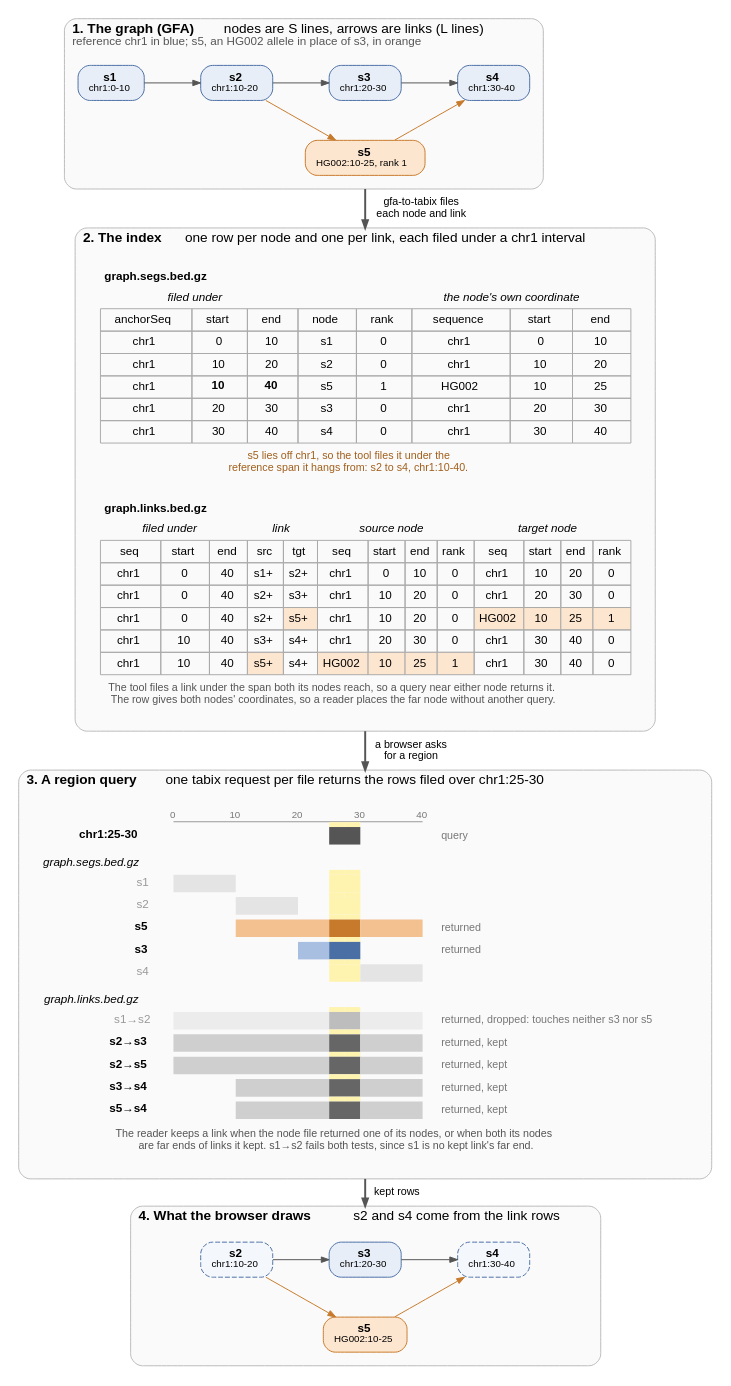
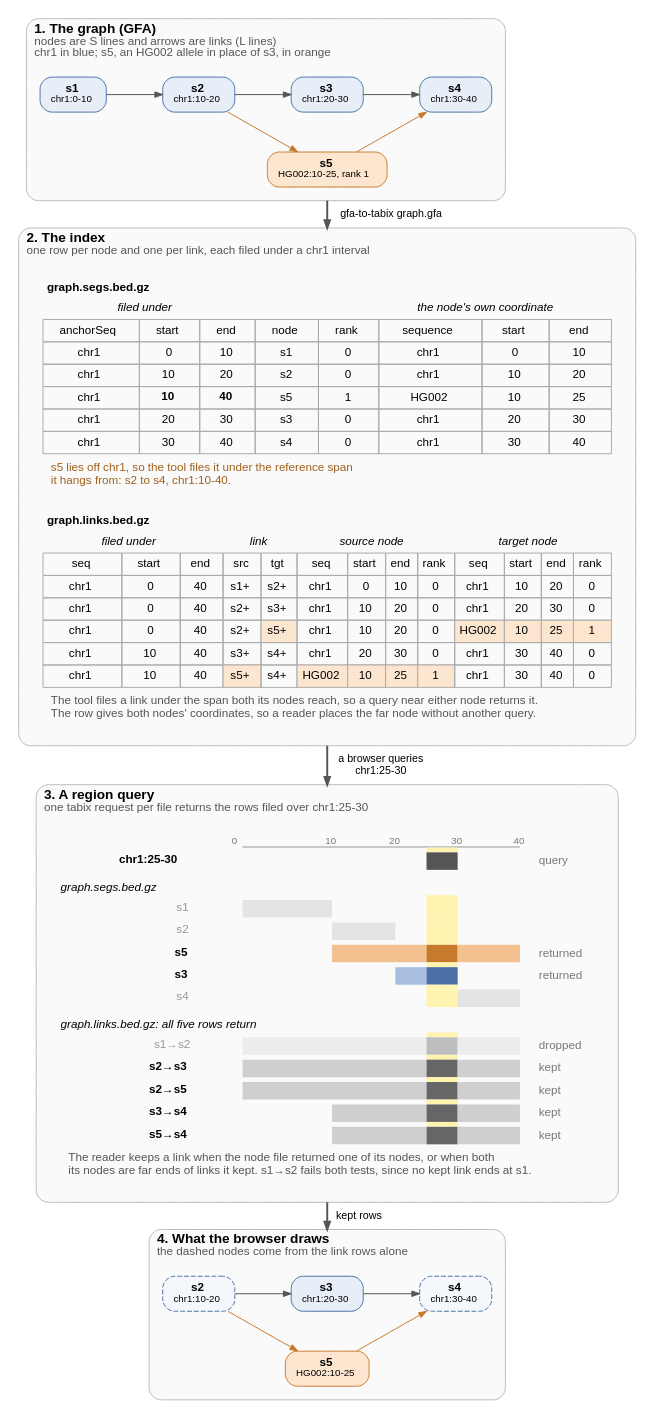
One commit to GMOD/gfa-to-tabix changed the diagram in docs/overview.dot. Above: the diagram before and after it, drawn with Graphviz. The commit also changed 3 other files, not shown here.

```diff
--- a/docs/overview.dot
+++ b/docs/overview.dot
@@ -11,7 +11,7 @@
   edge [fontname="Helvetica", fontsize=11, color="#555555", arrowsize=0.8]
 
   subgraph cluster_graph {
-    label=<<B>1. The graph (GFA)</B>   nodes are S lines, arrows are links (L lines)<BR ALIGN="LEFT"/><FONT POINT-SIZE="12" COLOR="#555555">reference chr1 in blue; s5, an HG002 allele in place of s3, in orange</FONT><BR ALIGN="LEFT"/>>
+    label=<<B>1. The graph (GFA)</B><BR ALIGN="LEFT"/><FONT POINT-SIZE="12" COLOR="#555555">nodes are S lines and arrows are links (L lines)</FONT><BR ALIGN="LEFT"/><FONT POINT-SIZE="12" COLOR="#555555">chr1 in blue; s5, an HG002 allele in place of s3, in orange</FONT><BR ALIGN="LEFT"/>>
     labeljust=l
     fontsize=14
     color="#bbbbbb"
@@ -31,7 +31,7 @@
   }
 
   subgraph cluster_files {
-    label=<<B>2. The index</B>   one row per node and one per link, each filed under a chr1 interval>
+    label=<<B>2. The index</B><BR ALIGN="LEFT"/><FONT POINT-SIZE="12" COLOR="#555555">one row per node and one per link, each filed under a chr1 interval</FONT><BR ALIGN="LEFT"/>>
     labeljust=l
     fontsize=14
     color="#bbbbbb"
@@ -48,7 +48,7 @@
         <TR BGCOLOR="#fde6cf"><TD>chr1</TD><TD><B>10</B></TD><TD><B>40</B></TD><TD>s5</TD><TD>1</TD><TD>HG002</TD><TD>10</TD><TD>25</TD></TR>
         <TR BGCOLOR="#e8eef7"><TD>chr1</TD><TD>20</TD><TD>30</TD><TD>s3</TD><TD>0</TD><TD>chr1</TD><TD>20</TD><TD>30</TD></TR>
         <TR BGCOLOR="#e8eef7"><TD>chr1</TD><TD>30</TD><TD>40</TD><TD>s4</TD><TD>0</TD><TD>chr1</TD><TD>30</TD><TD>40</TD></TR>
-        <TR><TD COLSPAN="8" BORDER="0" CELLPADDING="8"><FONT POINT-SIZE="11" COLOR="#a15f1c">s5 lies off chr1, so the tool files it under the<BR/>reference span it hangs from: s2 to s4, chr1:10-40.</FONT></TD></TR>
+        <TR><TD COLSPAN="8" BORDER="0" CELLPADDING="8" ALIGN="LEFT" BALIGN="LEFT"><FONT POINT-SIZE="12" COLOR="#a15f1c">s5 lies off chr1, so the tool files it under the reference span<BR/>it hangs from: s2 to s4, chr1:10-40.</FONT></TD></TR>
       </TABLE></TD></TR>
       <TR><TD HEIGHT="18"></TD></TR>
       <TR><TD><TABLE BORDER="0" CELLBORDER="1" CELLSPACING="0" CELLPADDING="4" COLOR="#aaaaaa">
@@ -60,12 +60,12 @@
         <TR BGCOLOR="#f2f2f2"><TD>chr1</TD><TD>0</TD><TD>40</TD><TD>s2+</TD><TD BGCOLOR="#fde6cf">s5+</TD><TD>chr1</TD><TD>10</TD><TD>20</TD><TD>0</TD><TD BGCOLOR="#fde6cf">HG002</TD><TD BGCOLOR="#fde6cf">10</TD><TD BGCOLOR="#fde6cf">25</TD><TD BGCOLOR="#fde6cf">1</TD></TR>
         <TR BGCOLOR="#f2f2f2"><TD>chr1</TD><TD>10</TD><TD>40</TD><TD>s3+</TD><TD>s4+</TD><TD>chr1</TD><TD>20</TD><TD>30</TD><TD>0</TD><TD>chr1</TD><TD>30</TD><TD>40</TD><TD>0</TD></TR>
         <TR BGCOLOR="#f2f2f2"><TD>chr1</TD><TD>10</TD><TD>40</TD><TD BGCOLOR="#fde6cf">s5+</TD><TD>s4+</TD><TD BGCOLOR="#fde6cf">HG002</TD><TD BGCOLOR="#fde6cf">10</TD><TD BGCOLOR="#fde6cf">25</TD><TD BGCOLOR="#fde6cf">1</TD><TD>chr1</TD><TD>30</TD><TD>40</TD><TD>0</TD></TR>
-        <TR><TD COLSPAN="13" BORDER="0" CELLPADDING="8"><FONT POINT-SIZE="11" COLOR="#555555">The tool files a link under the span both its nodes reach, so a query near either node returns it.<BR/>The row gives both nodes' coordinates, so a reader places the far node without another query.</FONT></TD></TR>
+        <TR><TD COLSPAN="13" BORDER="0" CELLPADDING="8" ALIGN="LEFT" BALIGN="LEFT"><FONT POINT-SIZE="12" COLOR="#555555">The tool files a link under the span both its nodes reach, so a query near either node returns it.<BR/>The row gives both nodes' coordinates, so a reader places the far node without another query.</FONT></TD></TR>
       </TABLE></TD></TR></TABLE>>]
   }
 
   subgraph cluster_query {
-    label=<<B>3. A region query</B>   one tabix request per file returns the rows filed over chr1:25-30>
+    label=<<B>3. A region query</B><BR ALIGN="LEFT"/><FONT POINT-SIZE="12" COLOR="#555555">one tabix request per file returns the rows filed over chr1:25-30</FONT><BR ALIGN="LEFT"/>>
     labeljust=l
     fontsize=14
     color="#bbbbbb"
@@ -78,35 +78,35 @@
 <TR><TD></TD><TD COLSPAN="2"><FONT POINT-SIZE="10" COLOR="#777777">0</FONT></TD><TD COLSPAN="2"></TD><TD COLSPAN="2"><FONT POINT-SIZE="10" COLOR="#777777">10</FONT></TD><TD COLSPAN="2"></TD><TD COLSPAN="2"><FONT POINT-SIZE="10" COLOR="#777777">20</FONT></TD><TD COLSPAN="2"></TD><TD COLSPAN="2"><FONT POINT-SIZE="10" COLOR="#777777">30</FONT></TD><TD COLSPAN="2"></TD><TD COLSPAN="2"><FONT POINT-SIZE="10" COLOR="#777777">40</FONT></TD><TD></TD></TR>
 <TR><TD HEIGHT="1"></TD><TD></TD><TD COLSPAN="16" BGCOLOR="#999999"></TD><TD></TD><TD></TD></TR>
 <TR><TD HEIGHT="5"></TD><TD></TD><TD></TD><TD></TD><TD></TD><TD></TD><TD></TD><TD></TD><TD></TD><TD></TD><TD></TD><TD></TD><TD BGCOLOR="#fff3b0"></TD><TD BGCOLOR="#fff3b0"></TD><TD></TD><TD></TD><TD></TD><TD></TD><TD></TD><TD></TD></TR>
-<TR><TD ALIGN="RIGHT" HEIGHT="18"><B>chr1:25-30</B>  </TD><TD></TD><TD COLSPAN="10"></TD><TD COLSPAN="2" BGCOLOR="#555555"></TD><TD COLSPAN="4"></TD><TD></TD><TD ALIGN="LEFT"><FONT POINT-SIZE="11" COLOR="#777777">  query</FONT></TD></TR>
-<TR><TD ALIGN="RIGHT" HEIGHT="26" VALIGN="BOTTOM"><I>graph.segs.bed.gz</I>  </TD><TD COLSPAN="19"></TD></TR>
+<TR><TD ALIGN="RIGHT" HEIGHT="18"><B>chr1:25-30</B>  </TD><TD></TD><TD COLSPAN="10"></TD><TD COLSPAN="2" BGCOLOR="#555555"></TD><TD COLSPAN="4"></TD><TD></TD><TD ALIGN="LEFT"><FONT POINT-SIZE="12" COLOR="#777777">  query</FONT></TD></TR>
+<TR><TD COLSPAN="20" ALIGN="LEFT" HEIGHT="26" VALIGN="BOTTOM"><I>graph.segs.bed.gz</I></TD></TR>
 <TR><TD HEIGHT="5"></TD><TD></TD><TD></TD><TD></TD><TD></TD><TD></TD><TD></TD><TD></TD><TD></TD><TD></TD><TD></TD><TD></TD><TD BGCOLOR="#fff3b0"></TD><TD BGCOLOR="#fff3b0"></TD><TD></TD><TD></TD><TD></TD><TD></TD><TD></TD><TD></TD></TR>
 <TR><TD ALIGN="RIGHT" HEIGHT="18"><FONT COLOR="#999999">s1</FONT>  </TD><TD></TD><TD COLSPAN="4" BGCOLOR="#e4e4e4"></TD><TD COLSPAN="6"></TD><TD COLSPAN="2" BGCOLOR="#fff3b0"></TD><TD COLSPAN="4"></TD><TD></TD><TD ALIGN="LEFT"></TD></TR>
 <TR><TD HEIGHT="5"></TD><TD></TD><TD></TD><TD></TD><TD></TD><TD></TD><TD></TD><TD></TD><TD></TD><TD></TD><TD></TD><TD></TD><TD BGCOLOR="#fff3b0"></TD><TD BGCOLOR="#fff3b0"></TD><TD></TD><TD></TD><TD></TD><TD></TD><TD></TD><TD></TD></TR>
 <TR><TD ALIGN="RIGHT" HEIGHT="18"><FONT COLOR="#999999">s2</FONT>  </TD><TD></TD><TD COLSPAN="4"></TD><TD COLSPAN="4" BGCOLOR="#e4e4e4"></TD><TD COLSPAN="2"></TD><TD COLSPAN="2" BGCOLOR="#fff3b0"></TD><TD COLSPAN="4"></TD><TD></TD><TD ALIGN="LEFT"></TD></TR>
 <TR><TD HEIGHT="5"></TD><TD></TD><TD></TD><TD></TD><TD></TD><TD></TD><TD></TD><TD></TD><TD></TD><TD></TD><TD></TD><TD></TD><TD BGCOLOR="#fff3b0"></TD><TD BGCOLOR="#fff3b0"></TD><TD></TD><TD></TD><TD></TD><TD></TD><TD></TD><TD></TD></TR>
-<TR><TD ALIGN="RIGHT" HEIGHT="18"><B>s5</B>  </TD><TD></TD><TD COLSPAN="4"></TD><TD COLSPAN="6" BGCOLOR="#f3c08f"></TD><TD COLSPAN="2" BGCOLOR="#c77a2b"></TD><TD COLSPAN="4" BGCOLOR="#f3c08f"></TD><TD></TD><TD ALIGN="LEFT"><FONT POINT-SIZE="11" COLOR="#777777">  returned</FONT></TD></TR>
+<TR><TD ALIGN="RIGHT" HEIGHT="18"><B>s5</B>  </TD><TD></TD><TD COLSPAN="4"></TD><TD COLSPAN="6" BGCOLOR="#f3c08f"></TD><TD COLSPAN="2" BGCOLOR="#c77a2b"></TD><TD COLSPAN="4" BGCOLOR="#f3c08f"></TD><TD></TD><TD ALIGN="LEFT"><FONT POINT-SIZE="12" COLOR="#777777">  returned</FONT></TD></TR>
 <TR><TD HEIGHT="5"></TD><TD></TD><TD></TD><TD></TD><TD></TD><TD></TD><TD></TD><TD></TD><TD></TD><TD></TD><TD></TD><TD></TD><TD BGCOLOR="#fff3b0"></TD><TD BGCOLOR="#fff3b0"></TD><TD></TD><TD></TD><TD></TD><TD></TD><TD></TD><TD></TD></TR>
-<TR><TD ALIGN="RIGHT" HEIGHT="18"><B>s3</B>  </TD><TD></TD><TD COLSPAN="8"></TD><TD COLSPAN="2" BGCOLOR="#a9bfe2"></TD><TD COLSPAN="2" BGCOLOR="#4a6fa5"></TD><TD COLSPAN="4"></TD><TD></TD><TD ALIGN="LEFT"><FONT POINT-SIZE="11" COLOR="#777777">  returned</FONT></TD></TR>
+<TR><TD ALIGN="RIGHT" HEIGHT="18"><B>s3</B>  </TD><TD></TD><TD COLSPAN="8"></TD><TD COLSPAN="2" BGCOLOR="#a9bfe2"></TD><TD COLSPAN="2" BGCOLOR="#4a6fa5"></TD><TD COLSPAN="4"></TD><TD></TD><TD ALIGN="LEFT"><FONT POINT-SIZE="12" COLOR="#777777">  returned</FONT></TD></TR>
 <TR><TD HEIGHT="5"></TD><TD></TD><TD></TD><TD></TD><TD></TD><TD></TD><TD></TD><TD></TD><TD></TD><TD></TD><TD></TD><TD></TD><TD BGCOLOR="#fff3b0"></TD><TD BGCOLOR="#fff3b0"></TD><TD></TD><TD></TD><TD></TD><TD></TD><TD></TD><TD></TD></TR>
 <TR><TD ALIGN="RIGHT" HEIGHT="18"><FONT COLOR="#999999">s4</FONT>  </TD><TD></TD><TD COLSPAN="10"></TD><TD COLSPAN="2" BGCOLOR="#fff3b0"></TD><TD COLSPAN="4" BGCOLOR="#e4e4e4"></TD><TD></TD><TD ALIGN="LEFT"></TD></TR>
-<TR><TD ALIGN="RIGHT" HEIGHT="26" VALIGN="BOTTOM"><I>graph.links.bed.gz</I>  </TD><TD COLSPAN="19"></TD></TR>
+<TR><TD COLSPAN="20" ALIGN="LEFT" HEIGHT="26" VALIGN="BOTTOM"><I>graph.links.bed.gz: all five rows return</I></TD></TR>
 <TR><TD HEIGHT="5"></TD><TD></TD><TD></TD><TD></TD><TD></TD><TD></TD><TD></TD><TD></TD><TD></TD><TD></TD><TD></TD><TD></TD><TD BGCOLOR="#fff3b0"></TD><TD BGCOLOR="#fff3b0"></TD><TD></TD><TD></TD><TD></TD><TD></TD><TD></TD><TD></TD></TR>
-<TR><TD ALIGN="RIGHT" HEIGHT="18"><FONT COLOR="#999999">s1→s2</FONT>  </TD><TD></TD><TD COLSPAN="10" BGCOLOR="#ececec"></TD><TD COLSPAN="2" BGCOLOR="#bdbdbd"></TD><TD COLSPAN="4" BGCOLOR="#ececec"></TD><TD></TD><TD ALIGN="LEFT"><FONT POINT-SIZE="11" COLOR="#777777">  returned, dropped: touches neither s3 nor s5</FONT></TD></TR>
+<TR><TD ALIGN="RIGHT" HEIGHT="18"><FONT COLOR="#999999">s1→s2</FONT>  </TD><TD></TD><TD COLSPAN="10" BGCOLOR="#ececec"></TD><TD COLSPAN="2" BGCOLOR="#bdbdbd"></TD><TD COLSPAN="4" BGCOLOR="#ececec"></TD><TD></TD><TD ALIGN="LEFT"><FONT POINT-SIZE="12" COLOR="#777777">  dropped</FONT></TD></TR>
 <TR><TD HEIGHT="5"></TD><TD></TD><TD></TD><TD></TD><TD></TD><TD></TD><TD></TD><TD></TD><TD></TD><TD></TD><TD></TD><TD></TD><TD BGCOLOR="#fff3b0"></TD><TD BGCOLOR="#fff3b0"></TD><TD></TD><TD></TD><TD></TD><TD></TD><TD></TD><TD></TD></TR>
-<TR><TD ALIGN="RIGHT" HEIGHT="18"><B>s2→s3</B>  </TD><TD></TD><TD COLSPAN="10" BGCOLOR="#cfcfcf"></TD><TD COLSPAN="2" BGCOLOR="#666666"></TD><TD COLSPAN="4" BGCOLOR="#cfcfcf"></TD><TD></TD><TD ALIGN="LEFT"><FONT POINT-SIZE="11" COLOR="#777777">  returned, kept</FONT></TD></TR>
+<TR><TD ALIGN="RIGHT" HEIGHT="18"><B>s2→s3</B>  </TD><TD></TD><TD COLSPAN="10" BGCOLOR="#cfcfcf"></TD><TD COLSPAN="2" BGCOLOR="#666666"></TD><TD COLSPAN="4" BGCOLOR="#cfcfcf"></TD><TD></TD><TD ALIGN="LEFT"><FONT POINT-SIZE="12" COLOR="#777777">  kept</FONT></TD></TR>
 <TR><TD HEIGHT="5"></TD><TD></TD><TD></TD><TD></TD><TD></TD><TD></TD><TD></TD><TD></TD><TD></TD><TD></TD><TD></TD><TD></TD><TD BGCOLOR="#fff3b0"></TD><TD BGCOLOR="#fff3b0"></TD><TD></TD><TD></TD><TD></TD><TD></TD><TD></TD><TD></TD></TR>
-<TR><TD ALIGN="RIGHT" HEIGHT="18"><B>s2→s5</B>  </TD><TD></TD><TD COLSPAN="10" BGCOLOR="#cfcfcf"></TD><TD COLSPAN="2" BGCOLOR="#666666"></TD><TD COLSPAN="4" BGCOLOR="#cfcfcf"></TD><TD></TD><TD ALIGN="LEFT"><FONT POINT-SIZE="11" COLOR="#777777">  returned, kept</FONT></TD></TR>
+<TR><TD ALIGN="RIGHT" HEIGHT="18"><B>s2→s5</B>  </TD><TD></TD><TD COLSPAN="10" BGCOLOR="#cfcfcf"></TD><TD COLSPAN="2" BGCOLOR="#666666"></TD><TD COLSPAN="4" BGCOLOR="#cfcfcf"></TD><TD></TD><TD ALIGN="LEFT"><FONT POINT-SIZE="12" COLOR="#777777">  kept</FONT></TD></TR>
 <TR><TD HEIGHT="5"></TD><TD></TD><TD></TD><TD></TD><TD></TD><TD></TD><TD></TD><TD></TD><TD></TD><TD></TD><TD></TD><TD></TD><TD BGCOLOR="#fff3b0"></TD><TD BGCOLOR="#fff3b0"></TD><TD></TD><TD></TD><TD></TD><TD></TD><TD></TD><TD></TD></TR>
-<TR><TD ALIGN="RIGHT" HEIGHT="18"><B>s3→s4</B>  </TD><TD></TD><TD COLSPAN="4"></TD><TD COLSPAN="6" BGCOLOR="#cfcfcf"></TD><TD COLSPAN="2" BGCOLOR="#666666"></TD><TD COLSPAN="4" BGCOLOR="#cfcfcf"></TD><TD></TD><TD ALIGN="LEFT"><FONT POINT-SIZE="11" COLOR="#777777">  returned, kept</FONT></TD></TR>
+<TR><TD ALIGN="RIGHT" HEIGHT="18"><B>s3→s4</B>  </TD><TD></TD><TD COLSPAN="4"></TD><TD COLSPAN="6" BGCOLOR="#cfcfcf"></TD><TD COLSPAN="2" BGCOLOR="#666666"></TD><TD COLSPAN="4" BGCOLOR="#cfcfcf"></TD><TD></TD><TD ALIGN="LEFT"><FONT POINT-SIZE="12" COLOR="#777777">  kept</FONT></TD></TR>
 <TR><TD HEIGHT="5"></TD><TD></TD><TD></TD><TD></TD><TD></TD><TD></TD><TD></TD><TD></TD><TD></TD><TD></TD><TD></TD><TD></TD><TD BGCOLOR="#fff3b0"></TD><TD BGCOLOR="#fff3b0"></TD><TD></TD><TD></TD><TD></TD><TD></TD><TD></TD><TD></TD></TR>
-<TR><TD ALIGN="RIGHT" HEIGHT="18"><B>s5→s4</B>  </TD><TD></TD><TD COLSPAN="4"></TD><TD COLSPAN="6" BGCOLOR="#cfcfcf"></TD><TD COLSPAN="2" BGCOLOR="#666666"></TD><TD COLSPAN="4" BGCOLOR="#cfcfcf"></TD><TD></TD><TD ALIGN="LEFT"><FONT POINT-SIZE="11" COLOR="#777777">  returned, kept</FONT></TD></TR>
-        <TR><TD COLSPAN="20" BORDER="0" CELLPADDING="10"><FONT POINT-SIZE="11" COLOR="#555555">The reader keeps a link when the node file returned one of its nodes, or when both its nodes<BR/>are far ends of links it kept. s1→s2 fails both tests, since s1 is no kept link's far end.</FONT></TD></TR>
+<TR><TD ALIGN="RIGHT" HEIGHT="18"><B>s5→s4</B>  </TD><TD></TD><TD COLSPAN="4"></TD><TD COLSPAN="6" BGCOLOR="#cfcfcf"></TD><TD COLSPAN="2" BGCOLOR="#666666"></TD><TD COLSPAN="4" BGCOLOR="#cfcfcf"></TD><TD></TD><TD ALIGN="LEFT"><FONT POINT-SIZE="12" COLOR="#777777">  kept</FONT></TD></TR>
+        <TR><TD COLSPAN="20" BORDER="0" CELLPADDING="8" ALIGN="LEFT" BALIGN="LEFT"><FONT POINT-SIZE="12" COLOR="#555555">The reader keeps a link when the node file returned one of its nodes, or when both<BR/>its nodes are far ends of links it kept. s1→s2 fails both tests, since no kept link ends at s1.</FONT></TD></TR>
       </TABLE>>]
   }
 
   subgraph cluster_drawn {
-    label=<<B>4. What the browser draws</B>   s2 and s4 come from the link rows>
+    label=<<B>4. What the browser draws</B><BR ALIGN="LEFT"/><FONT POINT-SIZE="12" COLOR="#555555">the dashed nodes come from the link rows alone</FONT><BR ALIGN="LEFT"/>>
     labeljust=l
     fontsize=14
     color="#bbbbbb"
@@ -124,7 +124,7 @@
     d5 -> d4 [color="#c77a2b", weight=0]
   }
 
-  s5 -> rows [ltail=cluster_graph, lhead=cluster_files, label="  gfa-to-tabix files\n  each node and link", penwidth=2]
-  rows -> hits [ltail=cluster_files, lhead=cluster_query, label="  a browser asks\n  for a region", penwidth=2]
+  s5 -> rows [ltail=cluster_graph, lhead=cluster_files, label="  gfa-to-tabix graph.gfa", penwidth=2]
+  rows -> hits [ltail=cluster_files, lhead=cluster_query, label="  a browser queries\n  chr1:25-30", penwidth=2]
   hits -> d3 [ltail=cluster_query, lhead=cluster_drawn, label="  kept rows", penwidth=2]
 }
```
